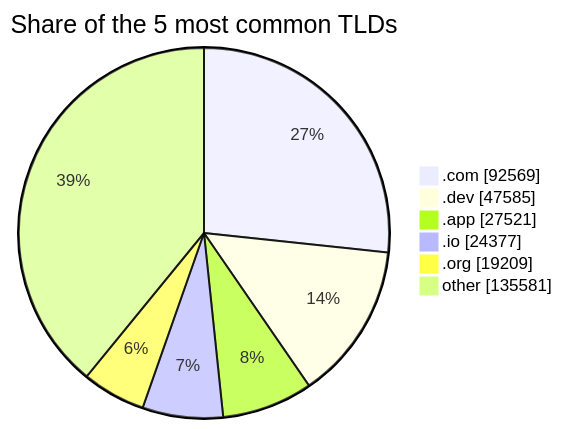
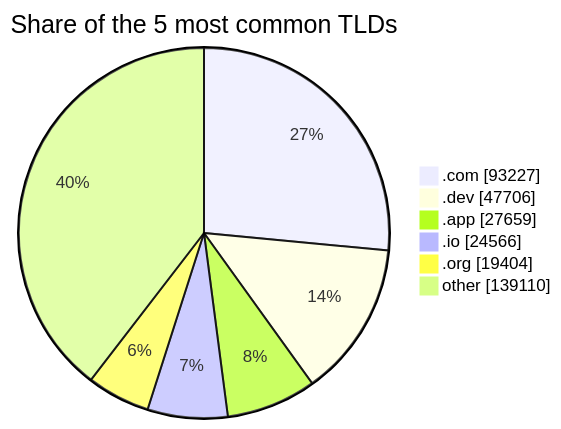
The third of 3 diagrams in README.md (DNSBunker/CTI), drawn with Mermaid before and after one commit. The commit also changed other lines of this file and 3 other files, not shown here.

````diff
--- a/README.md
+++ b/README.md
@@ -81,9 +81,9 @@
 ```mermaid
 pie showData title Share of the 5 most common TLDs
-    ".com" : 92569
-    ".dev" : 47585
-    ".app" : 27521
-    ".io" : 24377
-    ".org" : 19209
-    "other" : 135581
+    ".com" : 93227
+    ".dev" : 47706
+    ".app" : 27659
+    ".io" : 24566
+    ".org" : 19404
+    "other" : 139110
 ```
````
